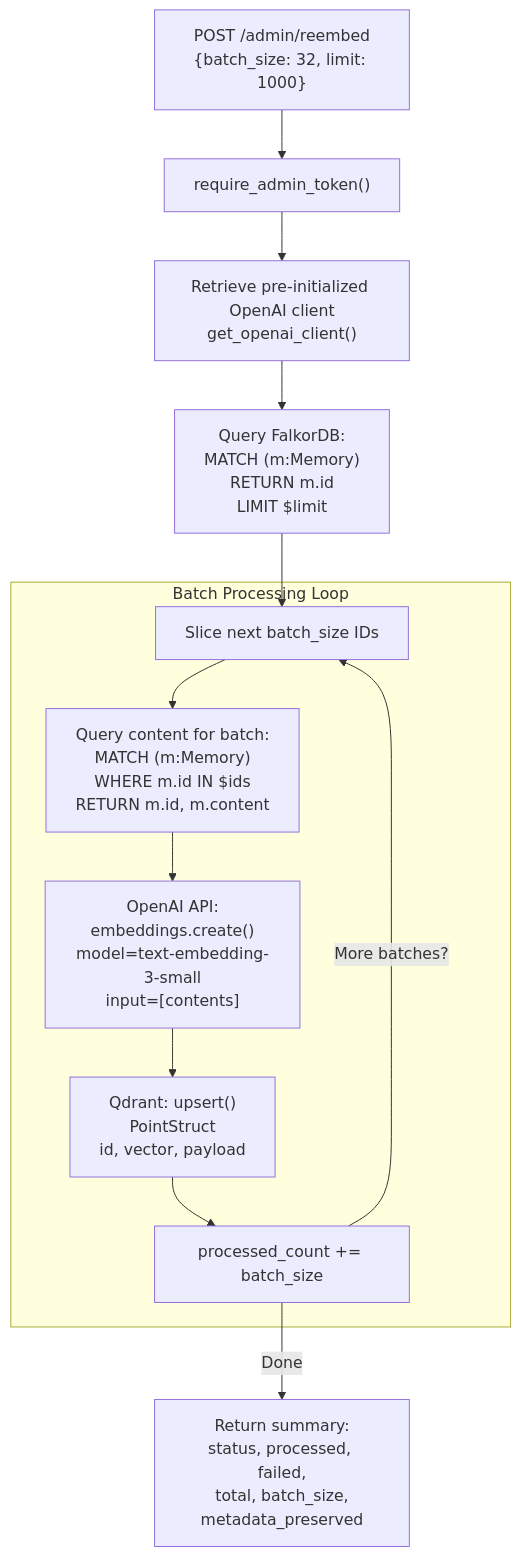
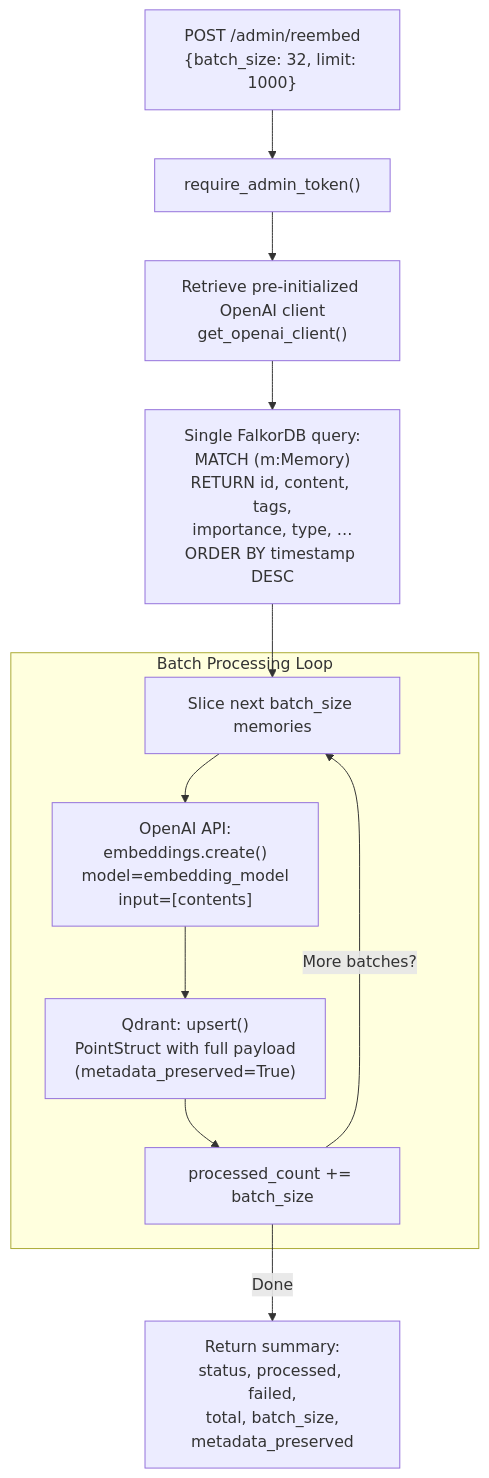
Before and after one commit to verygoodplugins/automem-website: the third of 3 diagrams in src/content/docs/docs/reference/api/admin.md, drawn with Mermaid. The commit also changed other lines of this file, not shown here.

First line of the commit message:
docs: fix /admin/reembed implementation description and diagram

````diff
--- a/src/content/docs/docs/reference/api/admin.md
+++ b/src/content/docs/docs/reference/api/admin.md
@@ -240,32 +240,30 @@
 ```mermaid
 graph TB
     Request["POST /admin/reembed<br/>{batch_size: 32, limit: 1000}"]
     Auth["require_admin_token()"]
     Init["Retrieve pre-initialized OpenAI client<br/>get_openai_client()"]
 
-    FetchIDs["Query FalkorDB:<br/>MATCH (m:Memory)<br/>RETURN m.id<br/>LIMIT $limit"]
+    FetchAll["Single FalkorDB query:<br/>MATCH (m:Memory)<br/>RETURN id, content, tags,<br/>importance, type, …<br/>ORDER BY timestamp DESC"]
 
     subgraph "Batch Processing Loop"
-        Slice["Slice next batch_size IDs"]
-        FetchContent["Query content for batch:<br/>MATCH (m:Memory)<br/>WHERE m.id IN $ids<br/>RETURN m.id, m.content"]
+        Slice["Slice next batch_size memories"]
 
-        CallOpenAI["OpenAI API:<br/>embeddings.create()<br/>model=text-embedding-3-small<br/>input=[contents]"]
+        CallOpenAI["OpenAI API:<br/>embeddings.create()<br/>model=embedding_model<br/>input=[contents]"]
 
-        UpdateQdrant["Qdrant: upsert()<br/>PointStruct<br/>id, vector, payload"]
+        UpdateQdrant["Qdrant: upsert()<br/>PointStruct with full payload<br/>(metadata_preserved=True)"]
 
         IncrCount["processed_count += batch_size"]
     end
 
     Response["Return summary:<br/>status, processed, failed,<br/>total, batch_size,<br/>metadata_preserved"]
 
     Request-->Auth
     Auth-->Init
-    Init-->FetchIDs
-    FetchIDs-->Slice
-    Slice-->FetchContent
-    FetchContent-->CallOpenAI
+    Init-->FetchAll
+    FetchAll-->Slice
+    Slice-->CallOpenAI
     CallOpenAI-->UpdateQdrant
     UpdateQdrant-->IncrCount
     IncrCount-->|More batches?|Slice
     IncrCount-->|Done|Response
 ```
````
